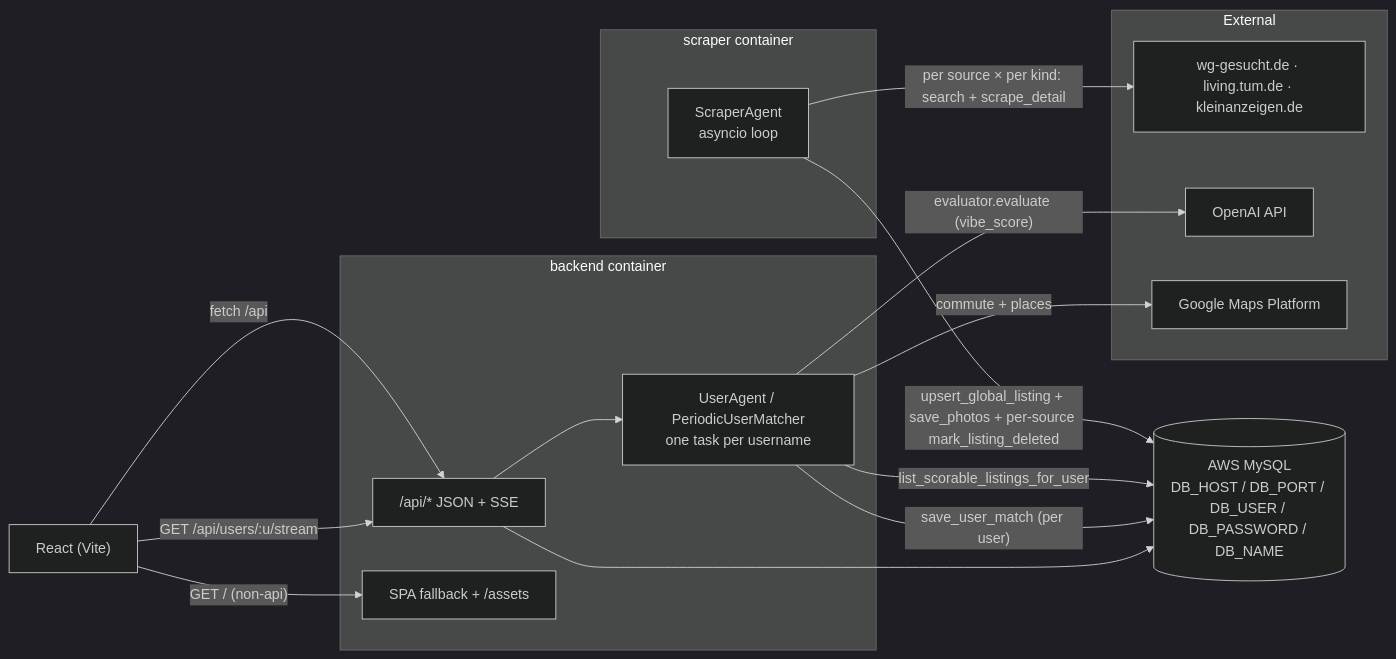
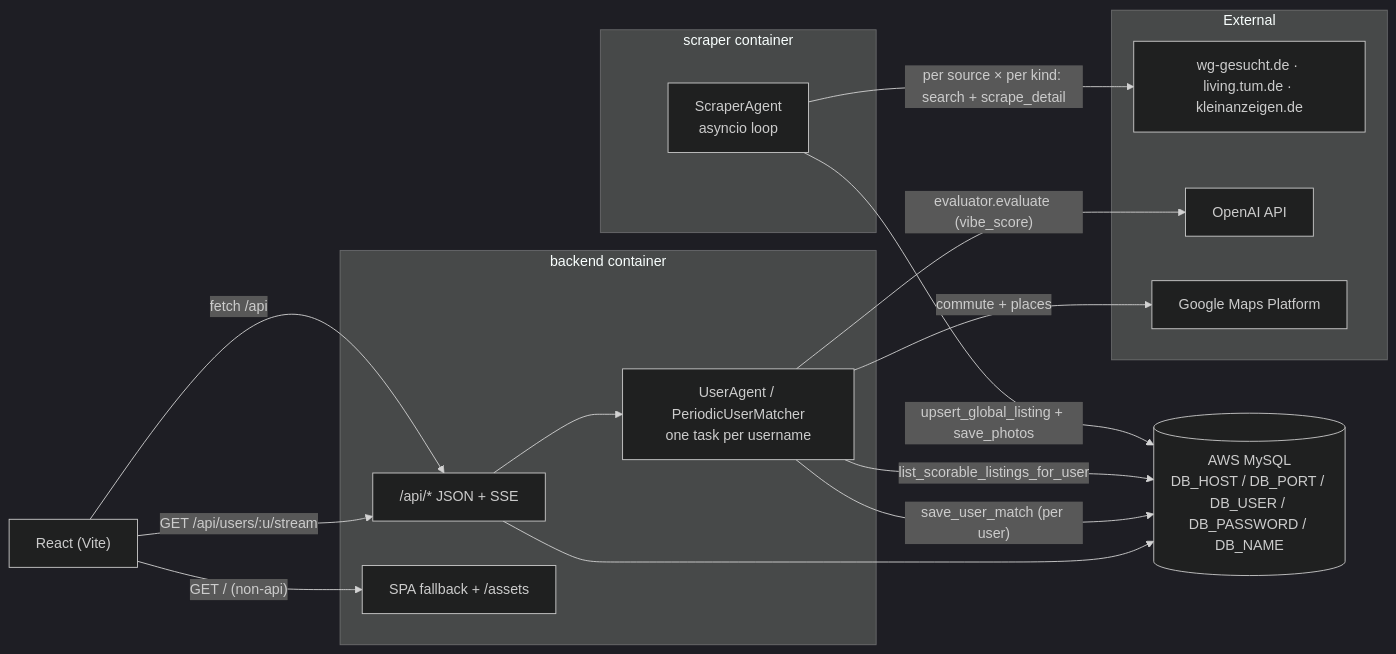
One commit to v-ya-ch-e/tumai-makeathon-2026 changed the first of 3 diagrams in docs/ARCHITECTURE.md. Above: the diagram before and after it, drawn with Mermaid (dark theme). The commit also changed other lines of this file and 16 other files, not shown here.

````diff
--- a/docs/ARCHITECTURE.md
+++ b/docs/ARCHITECTURE.md
@@ -10,28 +10,28 @@
 ```mermaid
 flowchart LR
   subgraph scraperSvc [scraper container]
     SA["ScraperAgent<br/>asyncio loop"]
   end
   subgraph backendSvc [backend container]
     API["/api/* JSON + SSE"]
     SPA["SPA fallback + /assets"]
     PM["UserAgent / PeriodicUserMatcher<br/>one task per username"]
   end
   subgraph external [External]
     WG["wg-gesucht.de · living.tum.de · kleinanzeigen.de"]
     OAI["OpenAI API"]
     GM["Google Maps Platform"]
   end
   MySQL[("AWS MySQL<br/>DB_HOST / DB_PORT / DB_USER / DB_PASSWORD / DB_NAME")]
   SA -->|"per source × per kind: search + scrape_detail"| WG
-  SA -->|"upsert_global_listing + save_photos + per-source mark_listing_deleted"| MySQL
+  SA -->|"upsert_global_listing + save_photos"| MySQL
   React["React (Vite)"] -->|"fetch /api"| API
   React -->|"GET /api/users/:u/stream"| API
   API --> PM
   PM -->|"list_scorable_listings_for_user"| MySQL
   PM -->|"save_user_match (per user)"| MySQL
   PM -->|"evaluator.evaluate (vibe_score)"| OAI
   PM -->|"commute + places"| GM
   API --> MySQL
   React -->|"GET / (non-api)"| SPA
 ```
````
